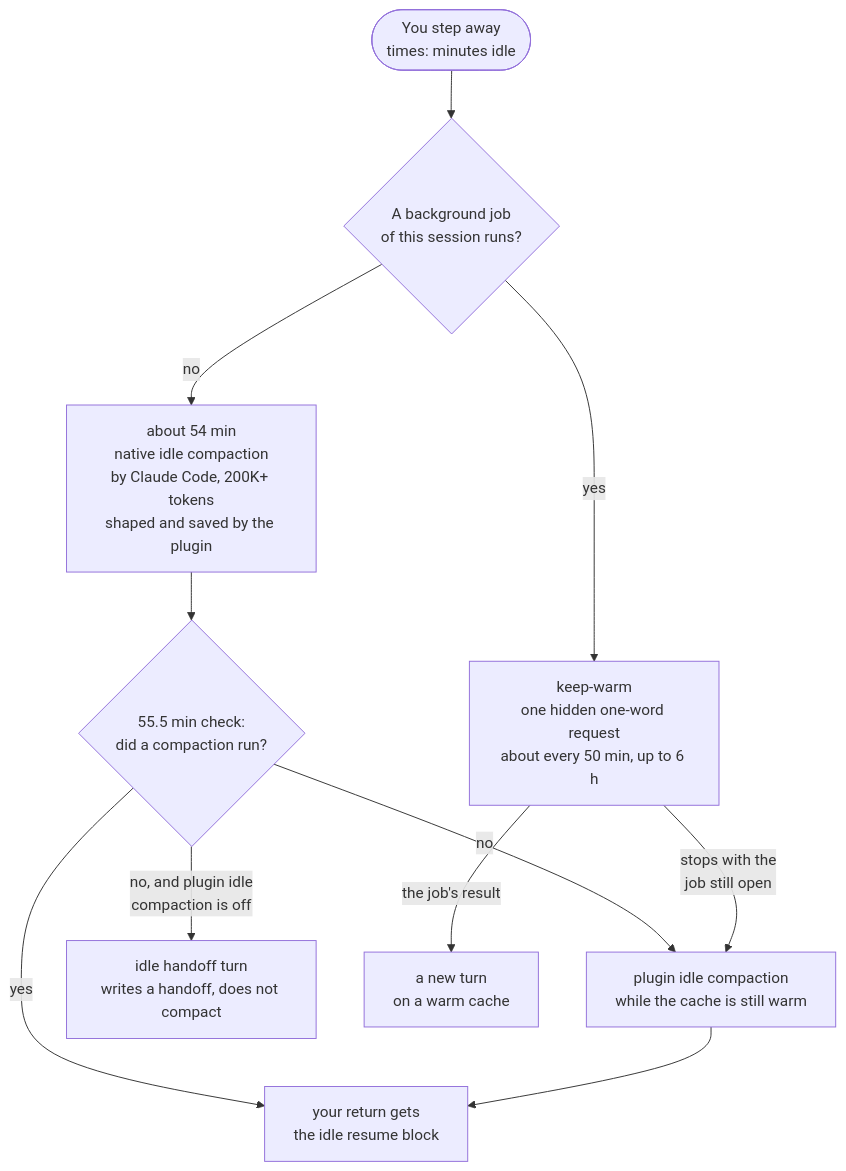
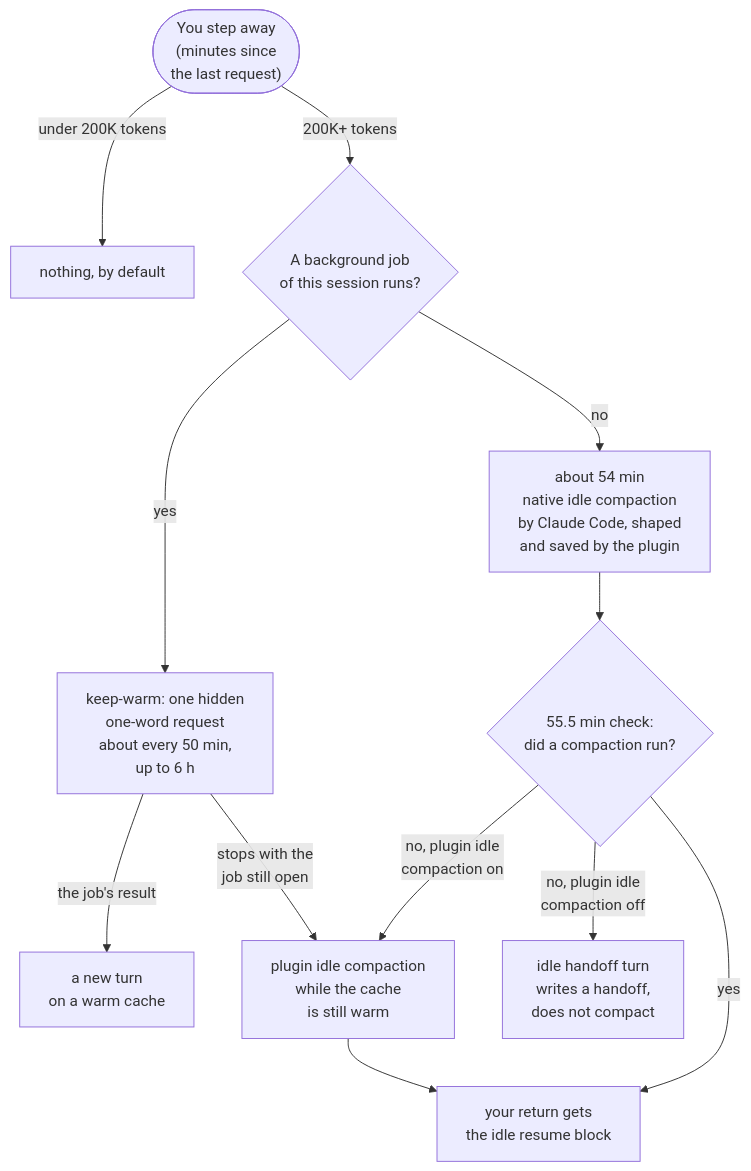
Before and after one commit to RuslanTar/afk-compact: the second of 3 diagrams in README.md, drawn with Mermaid. The commit also changed other lines of this file and 21 other files, not shown here.

````diff
--- a/README.md
+++ b/README.md
@@ -33,13 +34,13 @@
 ```mermaid
 flowchart TD
-  S(["You step away<br/>times: minutes idle"]) --> J{"A background job<br/>of this session runs?"}
-  J -- no --> N["about 54 min<br/>native idle compaction<br/>by Claude Code, 200K+ tokens<br/>shaped and saved by the plugin"]
-  N --> K{"55.5 min check:<br/>did a compaction run?"}
-  K -- no --> PI["plugin idle compaction<br/>while the cache is still warm"]
-  K -- "no, and plugin idle<br/>compaction is off" --> HT["idle handoff turn<br/>writes a handoff, does not compact"]
-  K -- yes --> RB["your return gets<br/>the idle resume block"]
-  PI --> RB
-  J -- yes --> KW["keep-warm<br/>one hidden one-word request<br/>about every 50 min, up to 6 h"]
+  S(["You step away<br/>(minutes since<br/>the last request)"]) -- "under 200K tokens" --> Z["nothing, by default"]
+  S -- "200K+ tokens" --> J{"A background job<br/>of this session runs?"}
+  J -- yes --> KW["keep-warm: one hidden<br/>one-word request<br/>about every 50 min,<br/>up to 6 h"]
   KW -- "the job's result" --> T["a new turn<br/>on a warm cache"]
   KW -- "stops with the<br/>job still open" --> PI
+  J -- no --> N["about 54 min<br/>native idle compaction<br/>by Claude Code, shaped<br/>and saved by the plugin"]
+  N --> K{"55.5 min check:<br/>did a compaction run?"}
+  K -- "no, plugin idle<br/>compaction on" --> PI["plugin idle compaction<br/>while the cache<br/>is still warm"] --> RB["your return gets<br/>the idle resume block"]
+  K -- "no, plugin idle<br/>compaction off" --> HT["idle handoff turn<br/>writes a handoff,<br/>does not compact"]
+  K -- yes --> RB
 ```
````
